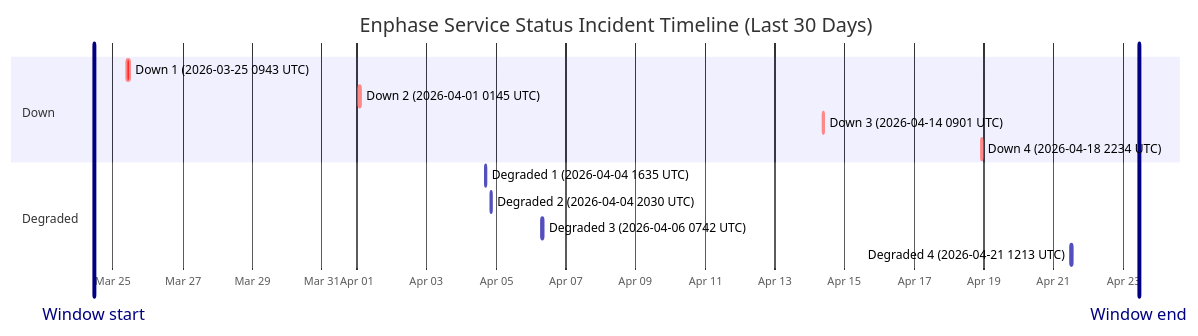
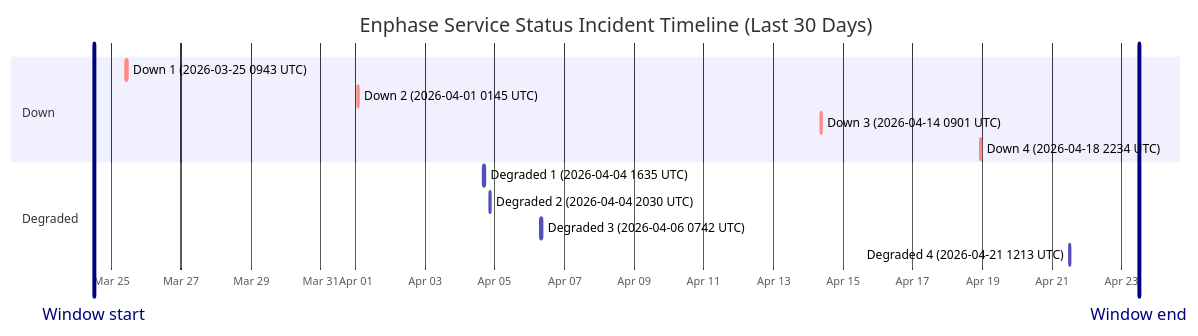
Before and after one commit to barneyonline/ha-enphase-ev-charger: the diagram in wiki/Service-Status-History.md, drawn with Mermaid. The commit also changed other lines of this file and 3 other files, not shown here.

````diff
--- a/wiki/Service-Status-History.md
+++ b/wiki/Service-Status-History.md
@@ -14,18 +14,18 @@
 ```mermaid
 gantt
     title Enphase Service Status Incident Timeline (Last 30 Days)
     dateFormat  YYYY-MM-DDTHH:mm:ss
     axisFormat  %b %d
-    Window start :vert, window-start, 2026-03-24T10:52:42, 0ms
-    Window end :vert, window-end, 2026-04-23T10:52:42, 0ms
+    Window start :vert, window-start, 2026-03-24T11:58:25, 0ms
+    Window end :vert, window-end, 2026-04-23T11:58:25, 0ms
     section Down
     Down 1 (2026-03-25 0943 UTC) :crit, down-1, 2026-03-25T09:43:28, 111m
     Down 2 (2026-04-01 0145 UTC) :crit, down-2, 2026-04-01T01:45:09, 60m
     Down 3 (2026-04-14 0901 UTC) :crit, down-3, 2026-04-14T09:01:13, 60m
     Down 4 (2026-04-18 2234 UTC) :crit, down-4, 2026-04-18T22:34:13, 60m
     section Degraded
     Degraded 1 (2026-04-04 1635 UTC) :active, degraded-1, 2026-04-04T16:35:17, 60m
     Degraded 2 (2026-04-04 2030 UTC) :active, degraded-2, 2026-04-04T20:30:40, 60m
     Degraded 3 (2026-04-06 0742 UTC) :active, degraded-3, 2026-04-06T07:42:09, 85m
     Degraded 4 (2026-04-21 1213 UTC) :active, degraded-4, 2026-04-21T12:13:11, 60m
 ```
````
